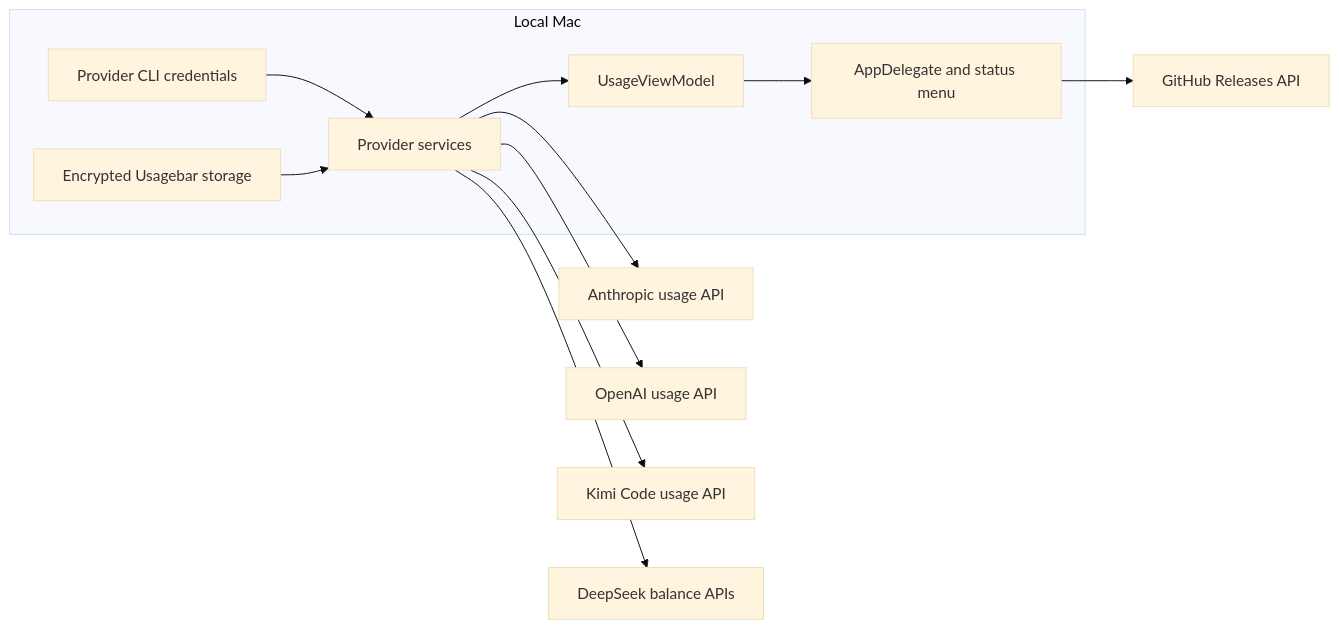
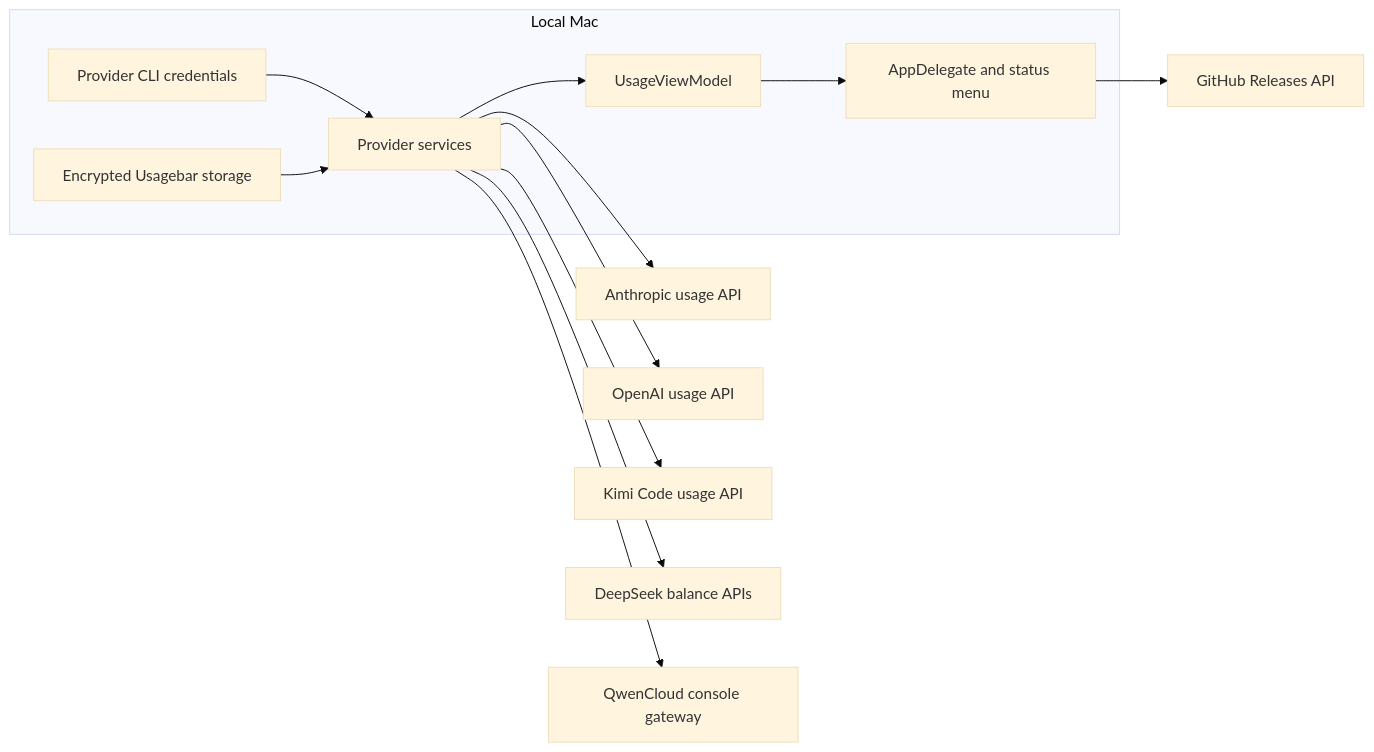
One commit to betoxf/Usagebar changed the diagram in docs/ARCHITECTURE.md. Above: the diagram before and after it, drawn with Mermaid (base theme). The commit also changed other lines of this file and 15 other files, not shown here.

````diff
--- a/docs/ARCHITECTURE.md
+++ b/docs/ARCHITECTURE.md
@@ -5,19 +5,20 @@
 ```mermaid
 flowchart LR
     subgraph Local["Local Mac"]
         CLI["Provider CLI credentials"]
         Store["Encrypted Usagebar storage"]
         Services["Provider services"]
         VM["UsageViewModel"]
         UI["AppDelegate and status menu"]
         CLI --> Services
         Store --> Services
         Services --> VM
         VM --> UI
     end
     Services --> Claude["Anthropic usage API"]
     Services --> Codex["OpenAI usage API"]
     Services --> Kimi["Kimi Code usage API"]
     Services --> DeepSeek["DeepSeek balance APIs"]
+    Services --> Qwen["QwenCloud console gateway"]
     UI --> Releases["GitHub Releases API"]
 ```
````
